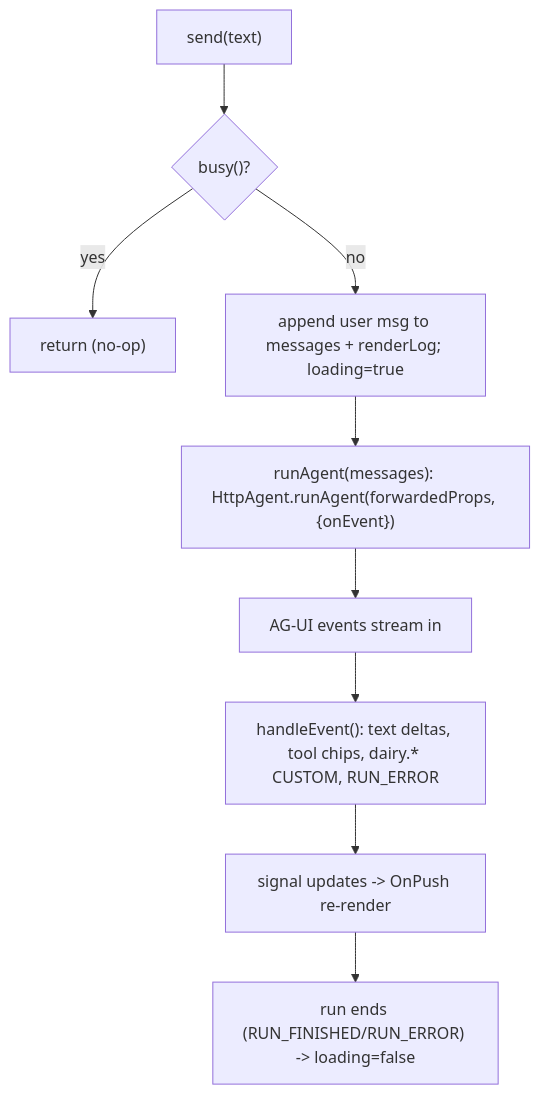
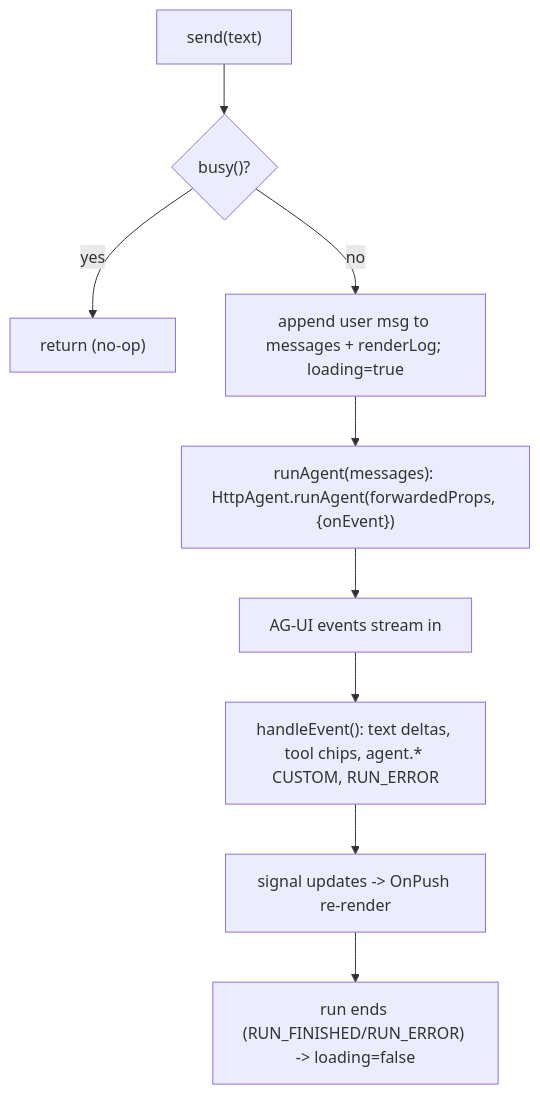
The diagram in docs/ANGULAR_PORT.md (i-adnanali/dairy-agent), drawn with Mermaid before and after one commit. The commit also changed other lines of this file and 5 other files, not shown here.

````diff
--- a/docs/ANGULAR_PORT.md
+++ b/docs/ANGULAR_PORT.md
@@ -68,11 +73,11 @@
 ```mermaid
 flowchart TD
     Send["send(text)"] --> Busy{"busy()?"}
     Busy -- "yes" --> Noop["return (no-op)"]
     Busy -- "no" --> Optim["append user msg to messages + renderLog; loading=true"]
     Optim --> Run["runAgent(messages): HttpAgent.runAgent(forwardedProps, {onEvent})"]
     Run --> Stream["AG-UI events stream in"]
-    Stream --> Handle["handleEvent(): text deltas, tool chips, dairy.* CUSTOM, RUN_ERROR"]
+    Stream --> Handle["handleEvent(): text deltas, tool chips, agent.* CUSTOM, RUN_ERROR"]
     Handle --> Signals["signal updates -> OnPush re-render"]
     Signals --> Done["run ends (RUN_FINISHED/RUN_ERROR) -> loading=false"]
 ```
````
